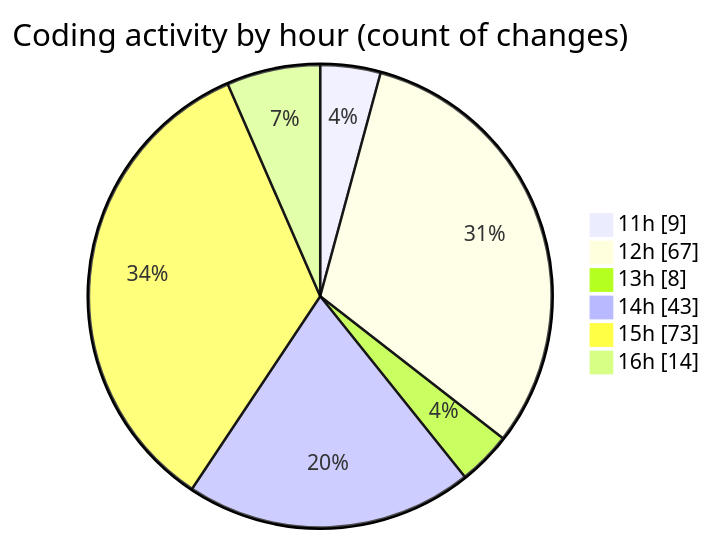
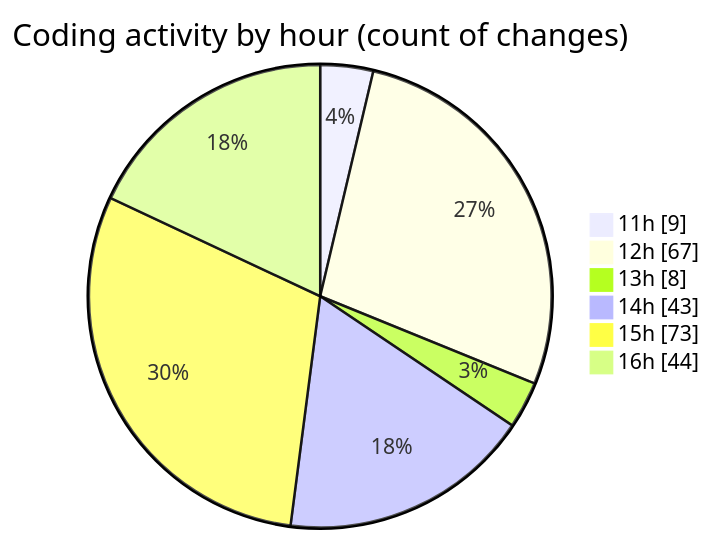
One commit to nxtqubesakshisongat/code-tracking changed the second of 2 diagrams in 2026-08-23/nxtqube_webapp/README.md. Above: the diagram before and after it, drawn with Mermaid. The commit also changed other lines of this file and 1 other file, not shown here.

````diff
--- a/2026-08-23/nxtqube_webapp/README.md
+++ b/2026-08-23/nxtqube_webapp/README.md
@@ -96,10 +101,10 @@
 ```mermaid
 pie showData
 title Coding activity by hour (count of changes)
 "11h" : 9
 "12h" : 67
 "13h" : 8
 "14h" : 43
 "15h" : 73
-"16h" : 14
+"16h" : 44
 ```
````
